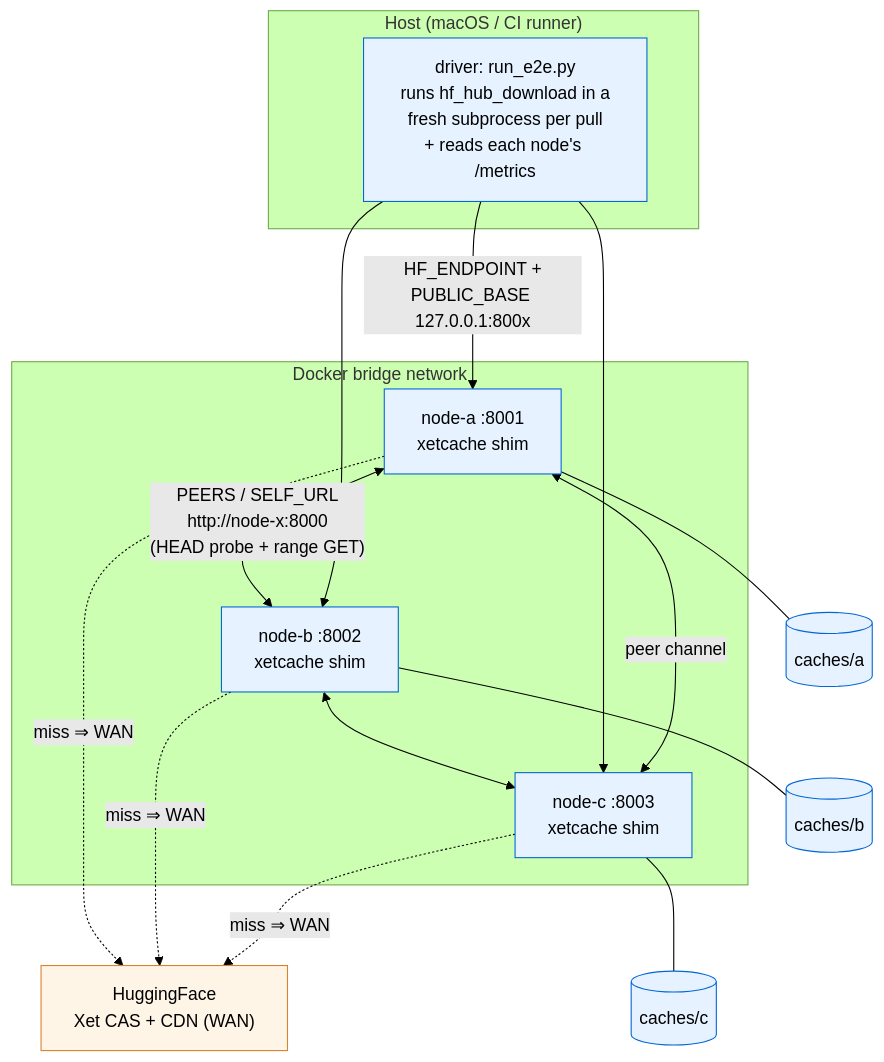
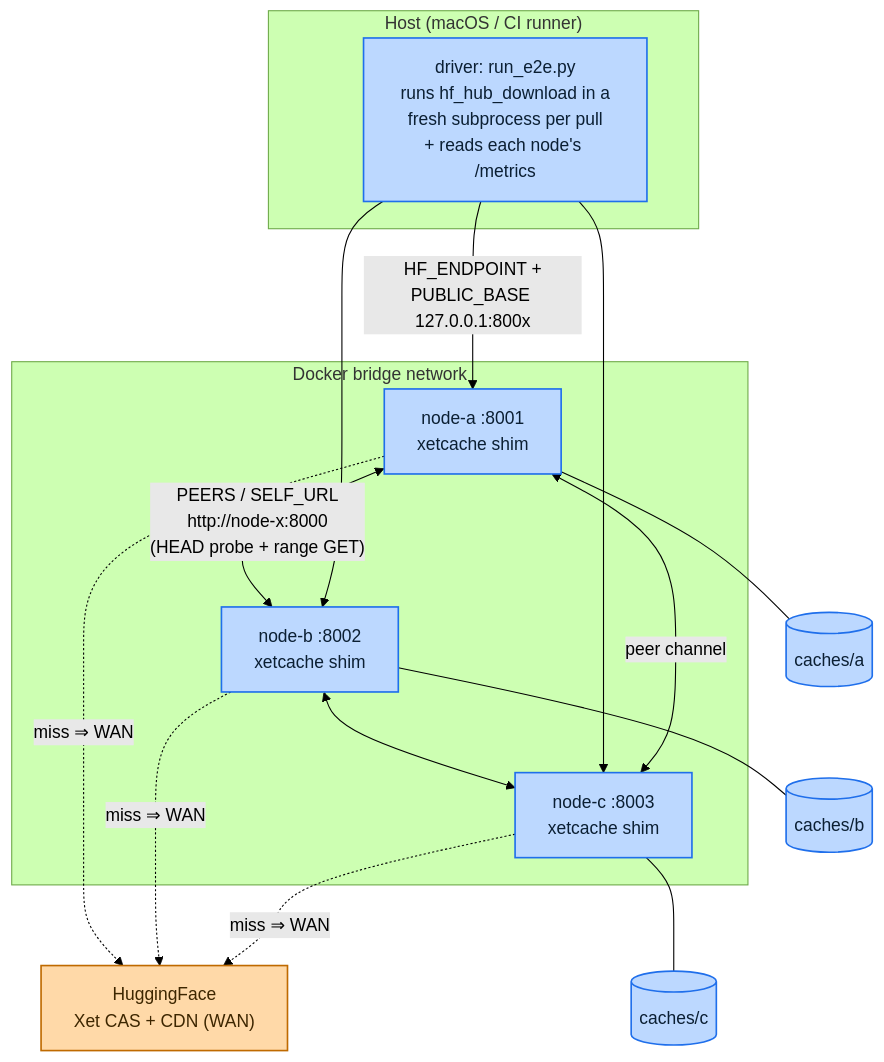
The first of 2 diagrams in deploy/e2e/README.md (deanq/xet-dc-cache), drawn with Mermaid (forest theme) before and after one commit. The commit also changed other lines of this file and 1 other file, not shown here.

Commit message:
docs: fix mermaid diagram contrast for light/dark readability

````diff
--- a/deploy/e2e/README.md
+++ b/deploy/e2e/README.md
@@ -35,38 +35,38 @@
 ```mermaid
 flowchart TB
     subgraph host["Host (macOS / CI runner)"]
         driver["driver: run_e2e.py<br/>runs hf_hub_download in a<br/>fresh subprocess per pull<br/>+ reads each node's /metrics"]
     end
 
     subgraph bridge["Docker bridge network"]
         na["node-a :8001<br/>xetcache shim"]
         nb["node-b :8002<br/>xetcache shim"]
         nc["node-c :8003<br/>xetcache shim"]
         na <-->|"PEERS / SELF_URL<br/>http://node-x:8000<br/>(HEAD probe + range GET)"| nb
         nb <--> nc
         nc <-->|peer channel| na
     end
 
     cdn["HuggingFace<br/>Xet CAS + CDN (WAN)"]
 
     ca[("caches/a")]
     cb[("caches/b")]
     cc[("caches/c")]
 
     driver -->|"HF_ENDPOINT +<br/>PUBLIC_BASE 127.0.0.1:800x"| na
     driver --> nb
     driver --> nc
 
     na -.->|"miss ⇒ WAN"| cdn
     nb -.->|"miss ⇒ WAN"| cdn
     nc -.->|"miss ⇒ WAN"| cdn
 
     na --- ca
     nb --- cb
     nc --- cc
 
-    classDef node fill:#e6f2ff,stroke:#0366d6;
-    classDef ext fill:#fff5e6,stroke:#d9822b;
+    classDef node fill:#bcd8ff,stroke:#1f6feb,stroke-width:1.5px,color:#0b1f33;
+    classDef ext fill:#ffd9a8,stroke:#bf6a00,stroke-width:1.5px,color:#3d2600;
     class na,nb,nc node;
     class cdn ext;
 ```
````
